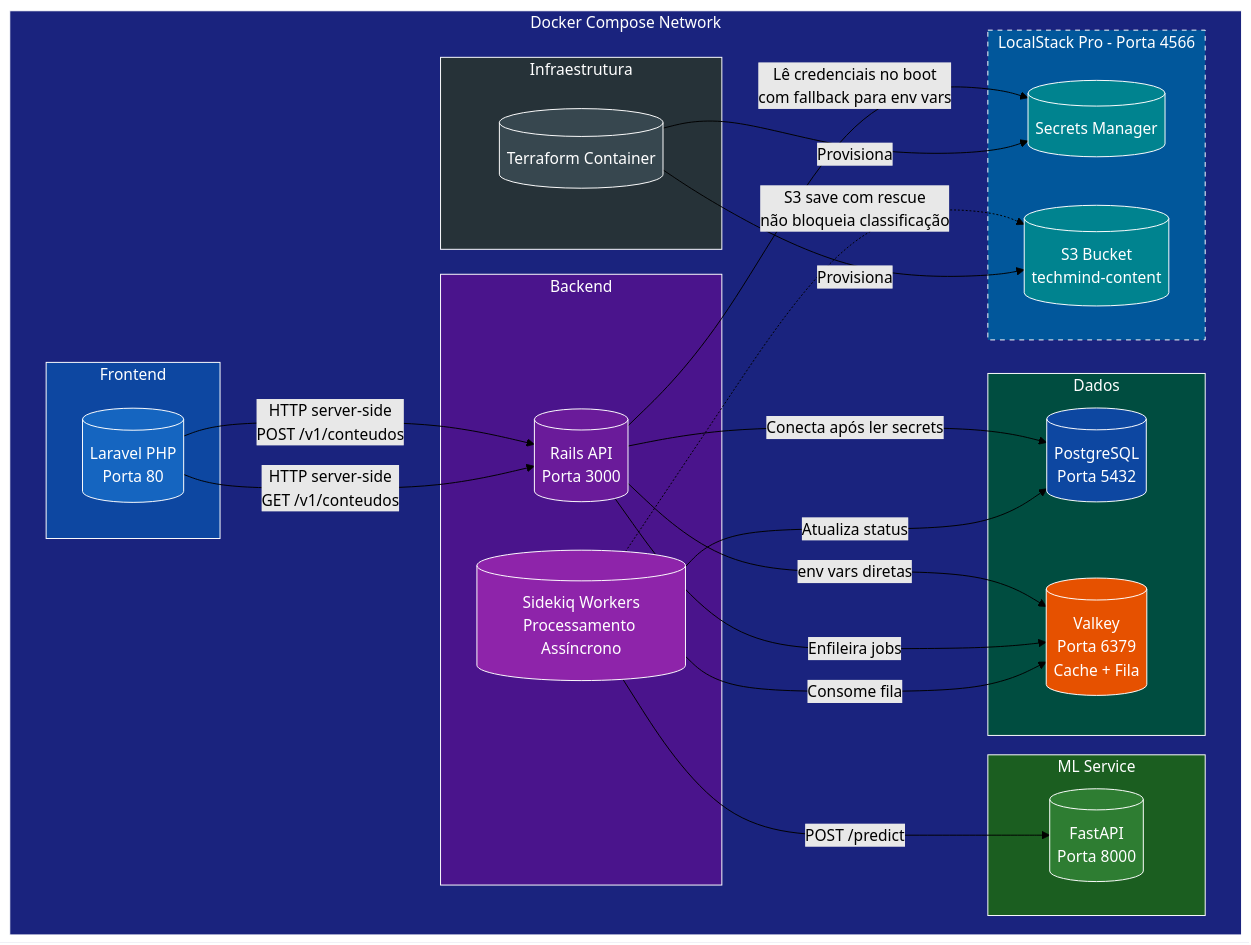
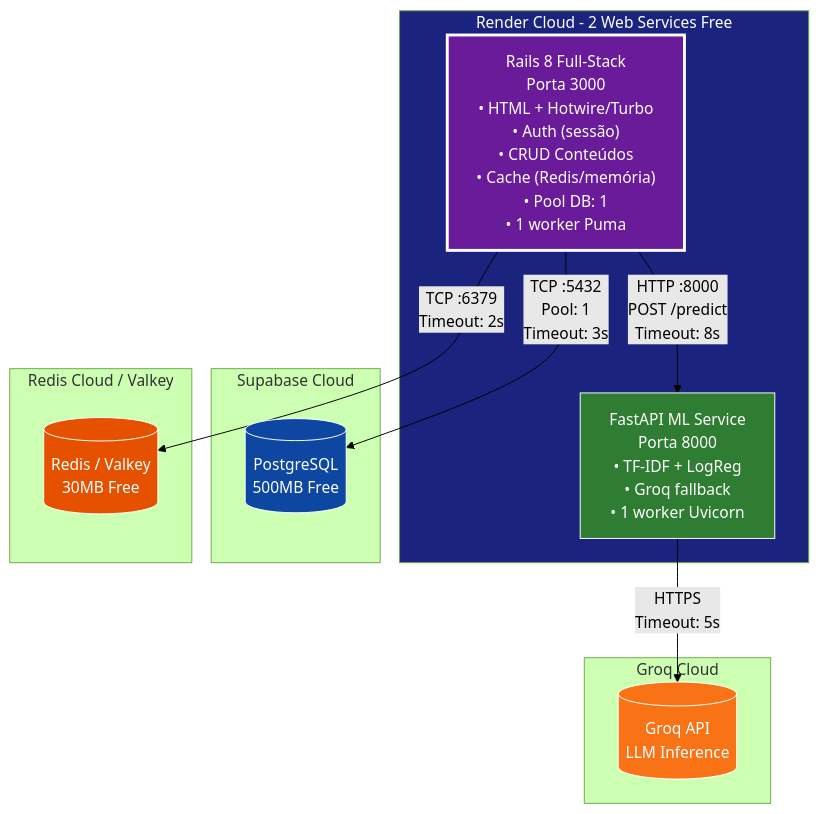
One commit to DessimA/tech-mind changed the second of 4 diagrams in docs/03-arquitetura.md. Above: the diagram before and after it, drawn with Mermaid (forest theme). The commit also changed other lines of this file and 115 other files, not shown here.

Commit message:
refactor(web): namespace Web:: and Api:: to separate frontend/backend layers

````diff
--- a/docs/03-arquitetura.md
+++ b/docs/03-arquitetura.md
@@ -17,61 +15,31 @@
 ```mermaid
 flowchart TB
-    subgraph Docker [Docker Compose Network]
-        subgraph Frontend [Frontend]
-            LARAVEL[("Laravel PHP<br/>Porta 80")]
-        end
-
-        subgraph Backend [Backend]
-            RAILS[("Rails API<br/>Porta 3000")]
-            SIDEKIQ[("Sidekiq Workers<br/>Processamento Assíncrono")]
-        end
-
-        subgraph ML [ML Service]
-            FASTAPI[("FastAPI<br/>Porta 8000")]
-        end
-
-        subgraph Dados [Dados]
-            PG[("PostgreSQL<br/>Porta 5432")]
-            VALKEY[("Valkey<br/>Porta 6379<br/>Cache + Fila")]
-        end
-
-        subgraph AWS [LocalStack Pro - Porta 4566]
-            S3[("S3 Bucket<br/>techmind-content")]
-            SM[("Secrets Manager")]
-        end
-
-        subgraph IaC [Infraestrutura]
-            TF[("Terraform Container")]
-        end
+    subgraph Render["Render Cloud - 2 Web Services Free"]
+        RAILS["Rails 8 Full-Stack<br/>Porta 3000<br/>• HTML + Hotwire/Turbo<br/>• Auth (sessão)<br/>• CRUD Conteúdos<br/>• Cache (Redis/memória)<br/>• Pool DB: 1<br/>• 1 worker Puma"]
+        ML["FastAPI ML Service<br/>Porta 8000<br/>• TF-IDF + LogReg<br/>• Groq fallback<br/>• 1 worker Uvicorn"]
     end
 
-    LARAVEL -->|HTTP server-side<br/>POST /v1/conteudos| RAILS
-    LARAVEL -->|HTTP server-side<br/>GET /v1/conteudos| RAILS
-    RAILS -->|Lê credenciais no boot<br/>com fallback para env vars| SM
-    RAILS -->|Conecta após ler secrets| PG
-    RAILS -->|env vars diretas| VALKEY
-    RAILS -->|Enfileira jobs| VALKEY
-    SIDEKIQ -->|Consome fila| VALKEY
-    SIDEKIQ -->|POST /predict| FASTAPI
-    SIDEKIQ -->|Atualiza status| PG
-    SIDEKIQ -.->|S3 save com rescue<br/>não bloqueia classificação| S3
-    TF -->|Provisiona| S3
-    TF -->|Provisiona| SM
+    subgraph Supabase["Supabase Cloud"]
+        PG[("PostgreSQL<br/>500MB Free")]
+    end
 
-    style Docker fill:#1A237E,color:#fff,stroke:#fff
-    style Frontend fill:#0D47A1,color:#fff,stroke:#fff
-    style LARAVEL fill:#1565C0,color:#fff,stroke:#fff
-    style Backend fill:#4A148C,color:#fff,stroke:#fff
-    style RAILS fill:#6A1B9A,color:#fff,stroke:#fff
-    style SIDEKIQ fill:#8E24AA,color:#fff,stroke:#fff
-    style ML fill:#1B5E20,color:#fff,stroke:#fff
-    style FASTAPI fill:#2E7D32,color:#fff,stroke:#fff
-    style Dados fill:#004D40,color:#fff,stroke:#fff
+    subgraph RedisCloud["Redis Cloud / Valkey"]
+        RC[("Redis / Valkey<br/>30MB Free")]
+    end
+
+    subgraph GroqCloud["Groq Cloud"]
+        GROQ[("Groq API<br/>LLM Inference")]
+    end
+
+    RAILS -->|TCP :5432<br/>Pool: 1<br/>Timeout: 3s| PG
+    RAILS -->|TCP :6379<br/>Timeout: 2s| RC
+    RAILS -->|HTTP :8000<br/>POST /predict<br/>Timeout: 8s| ML
+    ML -->|HTTPS<br/>Timeout: 5s| GROQ
+
+    style RAILS fill:#6A1B9A,color:#fff,stroke:#fff,stroke-width:3px
+    style ML fill:#2E7D32,color:#fff,stroke:#fff
     style PG fill:#0D47A1,color:#fff,stroke:#fff
-    style VALKEY fill:#E65100,color:#fff,stroke:#fff
-    style AWS fill:#01579B,color:#fff,stroke:#fff,stroke-dasharray: 5 5
-    style S3 fill:#00838F,color:#fff,stroke:#fff
-    style SM fill:#00838F,color:#fff,stroke:#fff
-    style IaC fill:#263238,color:#fff,stroke:#fff
-    style TF fill:#37474F,color:#fff,stroke:#fff
+    style RC fill:#E65100,color:#fff,stroke:#fff
+    style GROQ fill:#F97316,color:#fff,stroke:#fff
+    style Render fill:#1A237E,color:#fff,stroke:#diff
 ```
````
